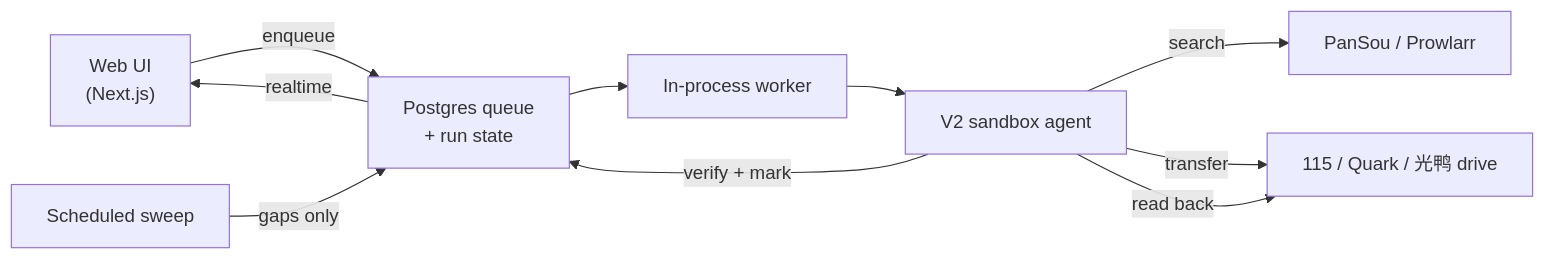
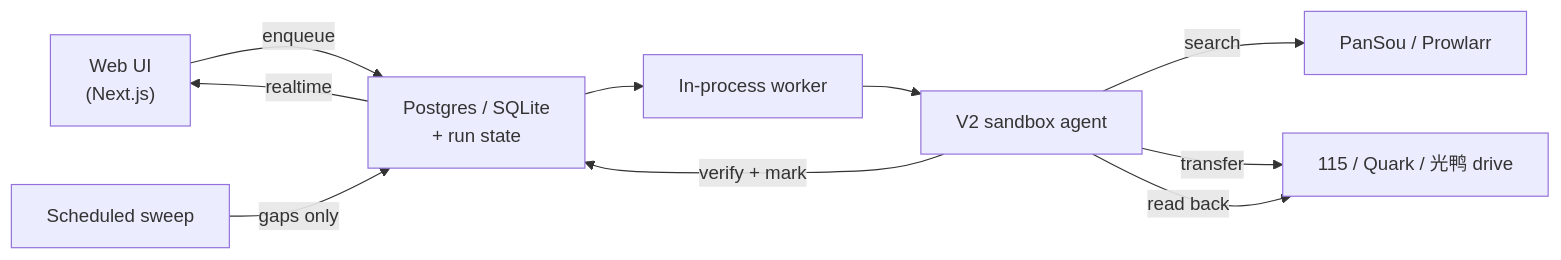
One commit to fancydirty/mediary-scout changed the diagram in README.md. Above: the diagram before and after it, drawn with Mermaid. The commit also changed other lines of this file, not shown here.

````diff
--- a/README.md
+++ b/README.md
@@ -79,12 +135,12 @@
 ```mermaid
 flowchart LR
-    UI["Web UI<br/>(Next.js)"] -->|enqueue| Q["Postgres queue<br/>+ run state"]
+    UI["Web UI<br/>(Next.js)"] -->|enqueue| Q["Postgres / SQLite<br/>+ run state"]
     Q --> W["In-process worker"]
     W --> AG["V2 sandbox agent"]
     AG -->|search| SRC["PanSou / Prowlarr"]
     AG -->|transfer| DR["115 / Quark / 光鸭 drive"]
     AG -->|read back| DR
     AG -->|verify + mark| Q
     Q -->|realtime| UI
     CRON["Scheduled sweep"] -->|gaps only| Q
 ```
````
